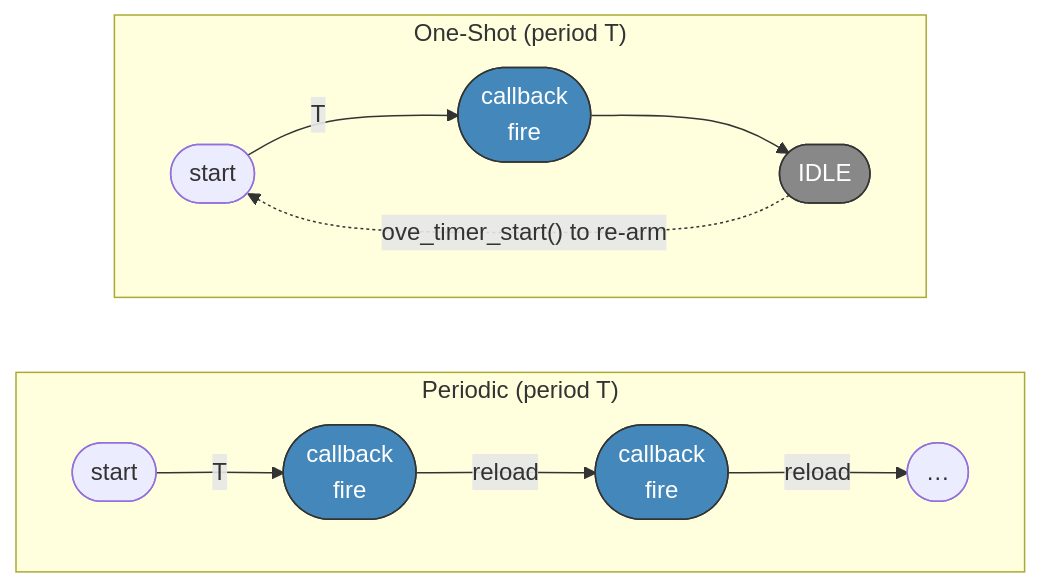
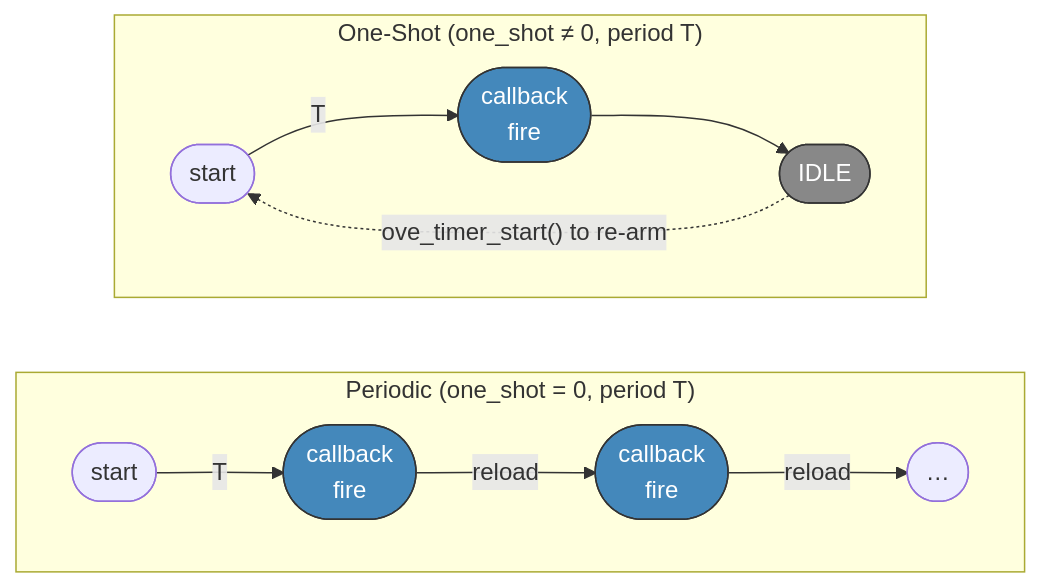
One commit to Varcain/oveRTOS changed the second of 4 diagrams in docs-site/docs/api/timers.md. Above: the diagram before and after it, drawn with Mermaid. The commit also changed other lines of this file and 20 other files, not shown here.

````diff
--- a/docs-site/docs/api/timers.md
+++ b/docs-site/docs/api/timers.md
@@ -44,21 +44,21 @@
 ```mermaid
 graph LR
-    subgraph Periodic["Periodic  (period T)"]
+    subgraph Periodic["Periodic  (one_shot = 0, period T)"]
         direction LR
         S0(["start"]) -->|T| CB0(["callback\nfire"])
         CB0 -->|"reload"| CB1(["callback\nfire"])
         CB1 -->|"reload"| CB2(["…"])
     end
 
-    subgraph OneShot["One-Shot  (period T)"]
+    subgraph OneShot["One-Shot  (one_shot ≠ 0, period T)"]
         direction LR
         S1(["start"]) -->|T| CB3(["callback\nfire"])
         CB3 --> DONE(["IDLE"])
         DONE -.->|"ove_timer_start() to re-arm"| S1
     end
 
     style CB0  fill:#48b,stroke:#333,color:#fff
     style CB1  fill:#48b,stroke:#333,color:#fff
     style CB3  fill:#48b,stroke:#333,color:#fff
     style DONE fill:#888,stroke:#333,color:#fff
 ```
````
